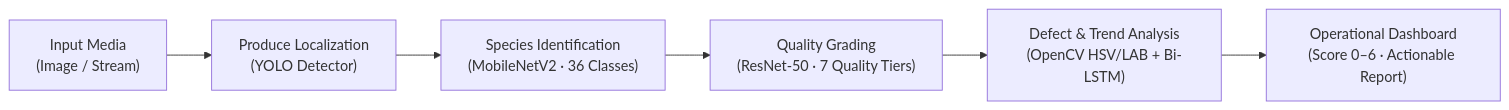
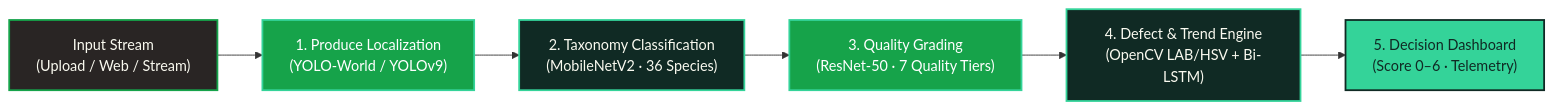
One commit to Janardhan-Jillela/AI-Food-Quality-Inspection changed the diagram in README.md. Above: the diagram before and after it, drawn with Mermaid. The commit also changed other lines of this file, not shown here.

````diff
--- a/README.md
+++ b/README.md
@@ -33,8 +48,13 @@
 ```mermaid
 flowchart LR
-    A["Input Media<br/>(Image / Stream)"] --> B["Produce Localization<br/>(YOLO Detector)"]
-    B --> C["Species Identification<br/>(MobileNetV2 · 36 Classes)"]
-    C --> D["Quality Grading<br/>(ResNet-50 · 7 Quality Tiers)"]
-    D --> E["Defect & Trend Analysis<br/>(OpenCV HSV/LAB + Bi-LSTM)"]
-    E --> F["Operational Dashboard<br/>(Score 0–6 · Actionable Report)"]
+    classDef forest fill:#102A24,stroke:#34D399,stroke-width:2px,color:#FAFAF0;
+    classDef emerald fill:#16A34A,stroke:#34D399,stroke-width:2px,color:#FFFFFF;
+    classDef mint fill:#34D399,stroke:#102A24,stroke-width:2px,color:#102A24;
+    classDef dark fill:#292524,stroke:#16A34A,stroke-width:2px,color:#FAFAF0;
+
+    In["Input Stream<br/>(Upload / Web / Stream)"]:::dark --> Loc["1. Produce Localization<br/>(YOLO-World / YOLOv9)"]:::emerald
+    Loc --> Spec["2. Taxonomy Classification<br/>(MobileNetV2 · 36 Species)"]:::forest
+    Spec --> Qual["3. Quality Grading<br/>(ResNet-50 · 7 Quality Tiers)"]:::emerald
+    Qual --> Def["4. Defect & Trend Engine<br/>(OpenCV LAB/HSV + Bi-LSTM)"]:::forest
+    Def --> Out["5. Decision Dashboard<br/>(Score 0–6 · Telemetry)"]:::mint
 ```
````
